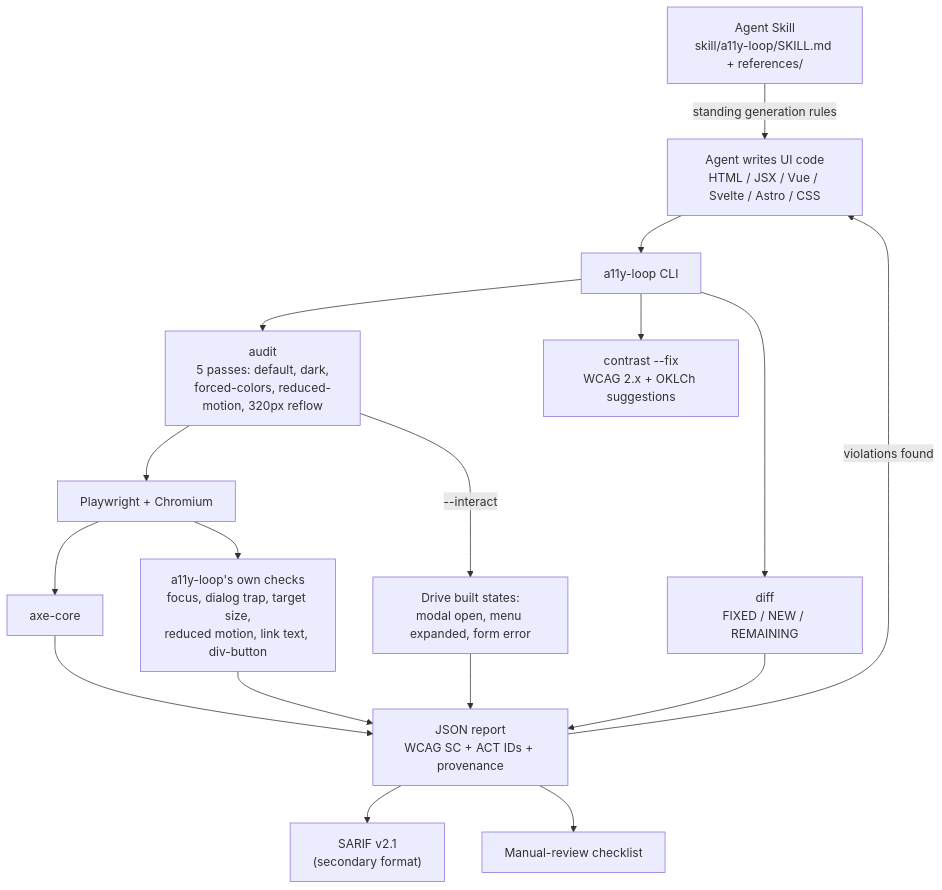
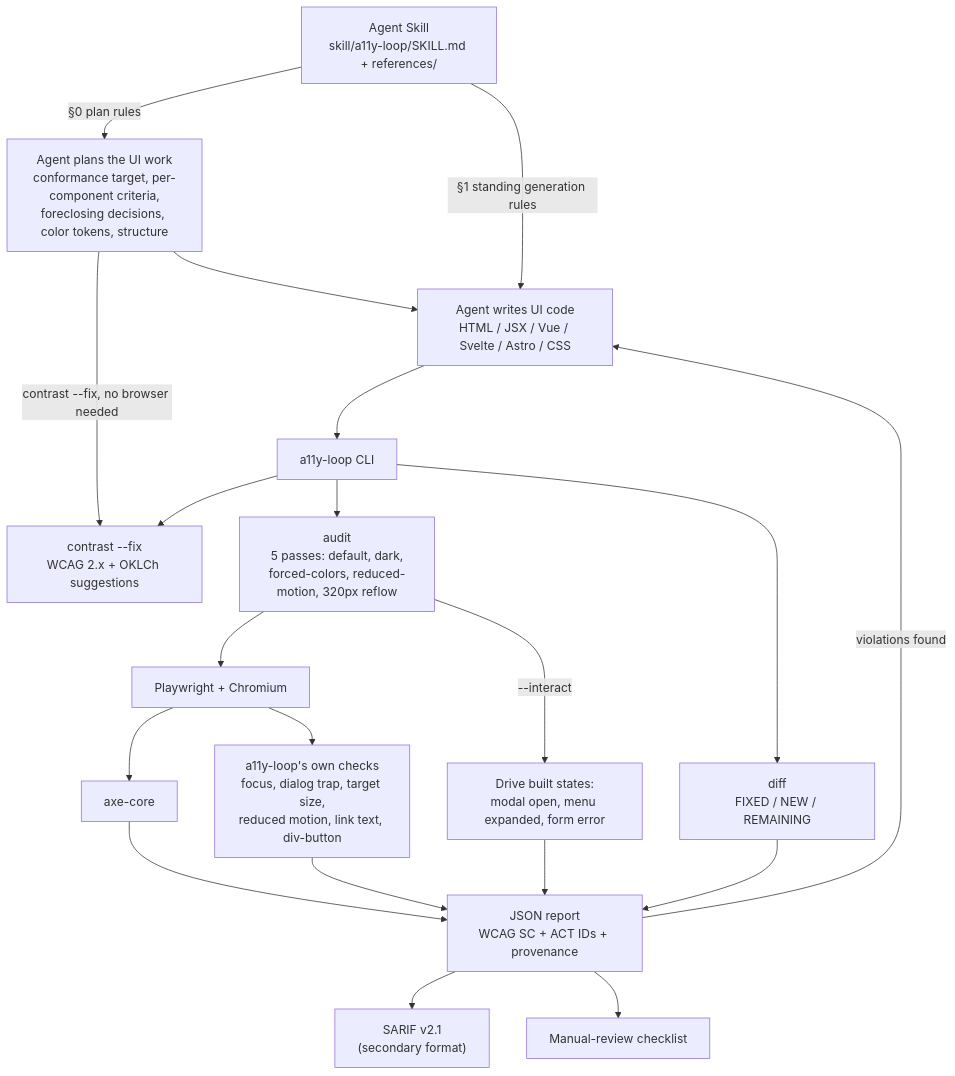
One commit to ChanMeng666/a11y-loop changed the third of 4 diagrams in README.md. Above: the diagram before and after it, drawn with Mermaid. The commit also changed other lines of this file and 28 other files, not shown here.

````diff
--- a/README.md
+++ b/README.md
@@ -257,19 +275,22 @@
 ```mermaid
 graph TD
-    A["Agent Skill<br/>skill/a11y-loop/SKILL.md + references/"] -->|standing generation rules| B["Agent writes UI code<br/>HTML / JSX / Vue / Svelte / Astro / CSS"]
+    A["Agent Skill<br/>skill/a11y-loop/SKILL.md + references/"] -->|"§0 plan rules"| P["Agent plans the UI work<br/>conformance target, per-component criteria,<br/>foreclosing decisions, color tokens, structure"]
+    P -->|"contrast --fix, no browser needed"| E
+    P --> B
+    A -->|"§1 standing generation rules"| B["Agent writes UI code<br/>HTML / JSX / Vue / Svelte / Astro / CSS"]
     B --> C["a11y-loop CLI"]
     C --> D["audit<br/>5 passes: default, dark,<br/>forced-colors, reduced-motion, 320px reflow"]
     C --> E["contrast --fix<br/>WCAG 2.x + OKLCh suggestions"]
     C --> F["diff<br/>FIXED / NEW / REMAINING"]
     D --> G["Playwright + Chromium"]
     G --> H["axe-core"]
     G --> I["a11y-loop's own checks<br/>focus, dialog trap, target size,<br/>reduced motion, link text, div-button"]
     D -->|--interact| J["Drive built states:<br/>modal open, menu expanded, form error"]
     H --> K["JSON report<br/>WCAG SC + ACT IDs + provenance"]
     I --> K
     J --> K
     K --> L["SARIF v2.1<br/>(secondary format)"]
     K --> M["Manual-review checklist"]
     K -->|violations found| B
     F --> K
 ```
````
